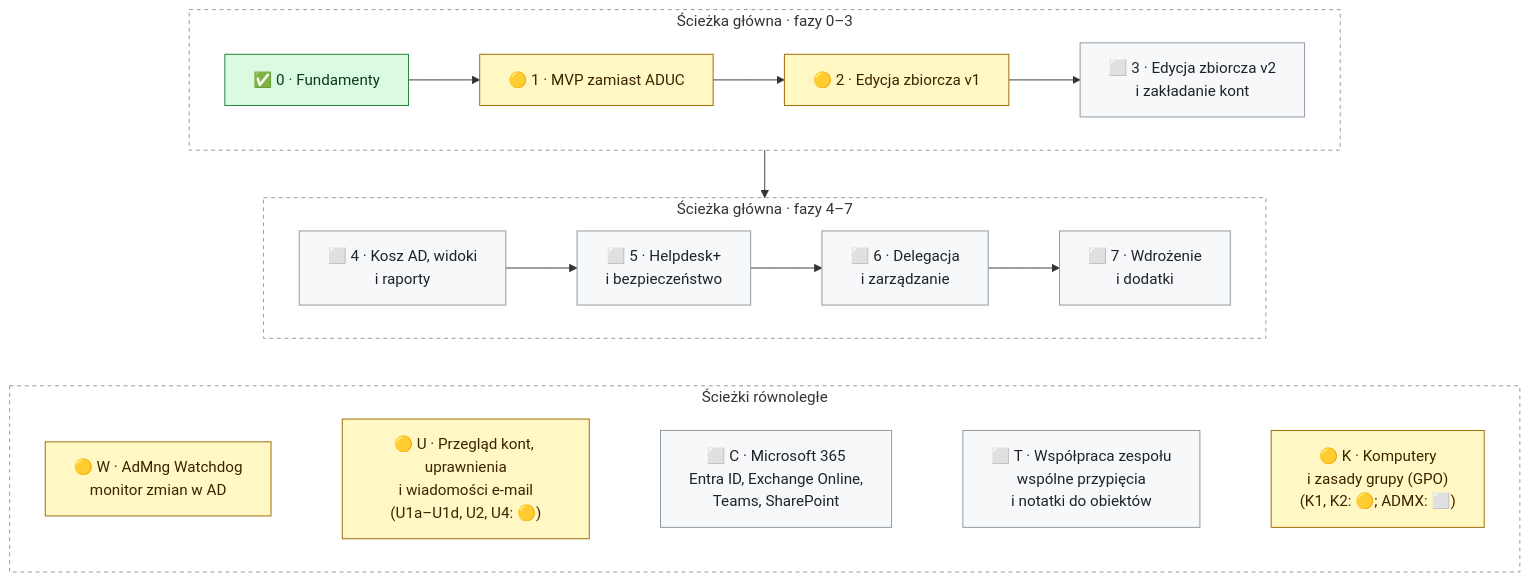
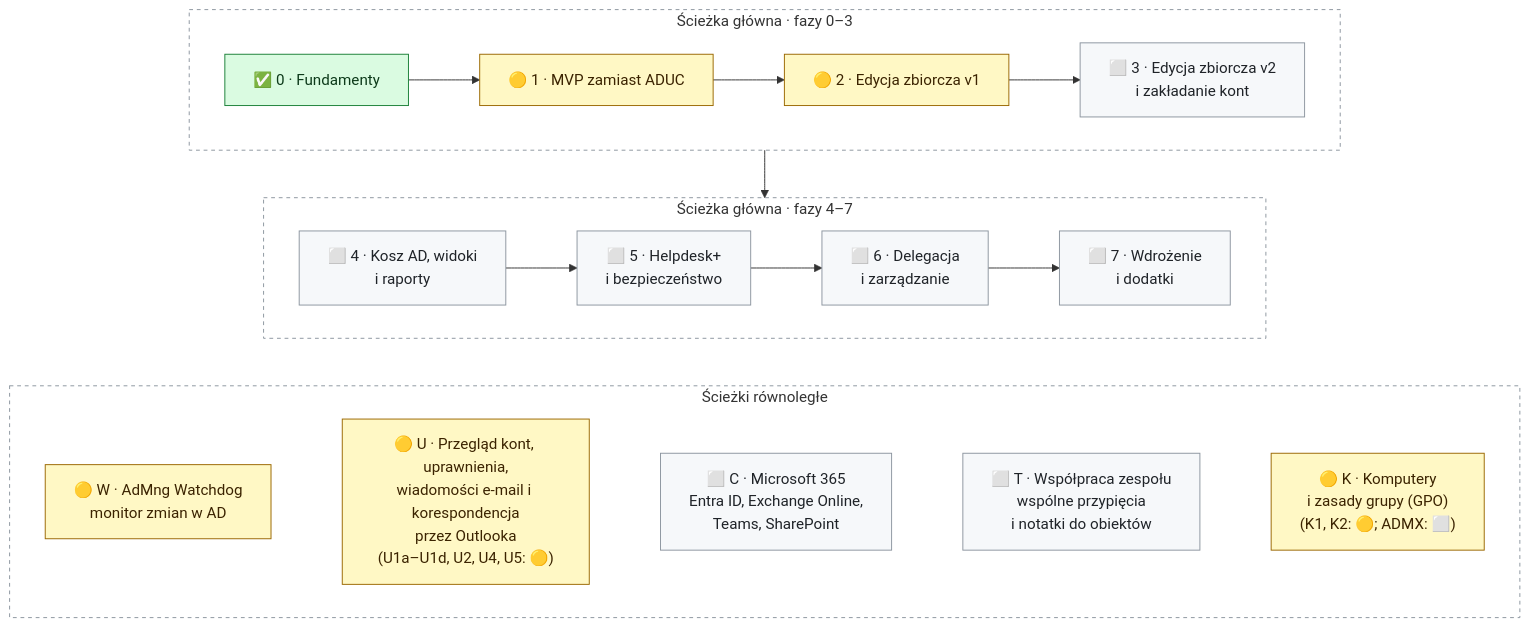
Before and after one commit to DarienRahl/AD_MNG: the diagram in README.md, drawn with Mermaid. The commit also changed other lines of this file, not shown here.

First line of the commit message:
U5 docs: README – track U row, mermaid node, U5 section, Outlook transport, limitations

````diff
--- a/README.md
+++ b/README.md
@@ -178,26 +179,26 @@
 ```mermaid
 flowchart TB
     subgraph A["Ścieżka główna · fazy 0–3"]
         direction LR
         F0["✅ 0 · Fundamenty"] --> F1["🟡 1 · MVP zamiast ADUC"] --> F2["🟡 2 · Edycja zbiorcza v1"] --> F3["⬜ 3 · Edycja zbiorcza v2<br/>i zakładanie kont"]
     end
     subgraph B["Ścieżka główna · fazy 4–7"]
         direction LR
         F4["⬜ 4 · Kosz AD, widoki<br/>i raporty"] --> F5["⬜ 5 · Helpdesk+<br/>i bezpieczeństwo"] --> F6["⬜ 6 · Delegacja<br/>i zarządzanie"] --> F7["⬜ 7 · Wdrożenie<br/>i dodatki"]
     end
     subgraph C["Ścieżki równoległe"]
         direction LR
-        W["🟡 W · AdMng Watchdog<br/>monitor zmian w AD"] ~~~ U["🟡 U · Przegląd kont, uprawnienia<br/>i wiadomości e-mail<br/>(U1a–U1d, U2, U4: 🟡)"] ~~~ M365["⬜ C · Microsoft 365<br/>Entra ID, Exchange Online,<br/>Teams, SharePoint"] ~~~ TEAM["⬜ T · Współpraca zespołu<br/>wspólne przypięcia<br/>i notatki do obiektów"] ~~~ K["🟡 K · Komputery<br/>i zasady grupy (GPO)<br/>(K1, K2: 🟡; ADMX: ⬜)"]
+        W["🟡 W · AdMng Watchdog<br/>monitor zmian w AD"] ~~~ U["🟡 U · Przegląd kont, uprawnienia,<br/>wiadomości e-mail i korespondencja<br/>przez Outlooka<br/>(U1a–U1d, U2, U4, U5: 🟡)"] ~~~ M365["⬜ C · Microsoft 365<br/>Entra ID, Exchange Online,<br/>Teams, SharePoint"] ~~~ TEAM["⬜ T · Współpraca zespołu<br/>wspólne przypięcia<br/>i notatki do obiektów"] ~~~ K["🟡 K · Komputery<br/>i zasady grupy (GPO)<br/>(K1, K2: 🟡; ADMX: ⬜)"]
     end
     A --> B
     B ~~~ C
     classDef done fill:#dafbe1,stroke:#1a7f37,color:#0d3a1a
     classDef wip fill:#fff8c5,stroke:#9a6700,color:#3b2300
     classDef todo fill:#f6f8fa,stroke:#8c959f,color:#1f2328
     class F0 done
     class F1,F2,W,U,K wip
     class F3,F4,F5,F6,F7,M365,TEAM todo
     style A fill:transparent,stroke:#8c959f,stroke-dasharray:4 4
     style B fill:transparent,stroke:#8c959f,stroke-dasharray:4 4
     style C fill:transparent,stroke:#8c959f,stroke-dasharray:4 4
 ```
````
